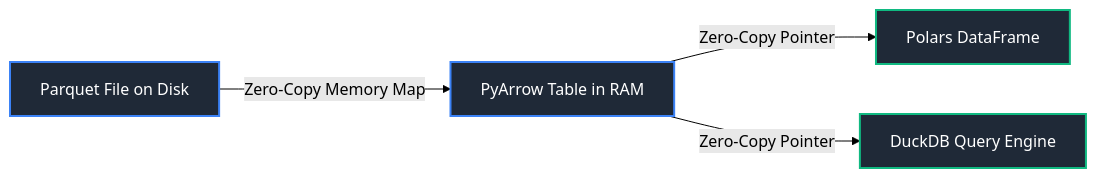
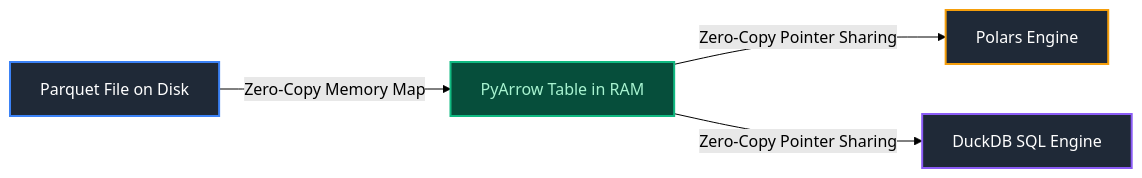
The eighth of 9 diagrams in Data Engineering/03_python_for_data_engineering.md (joydeep-biswas/Interview-Preparation), drawn with Mermaid (forest theme) before and after one commit. The commit also changed other lines of this file and 143 other files, not shown here.

````diff
--- a/Data Engineering/03_python_for_data_engineering.md
+++ b/Data Engineering/03_python_for_data_engineering.md
@@ -459,11 +651,11 @@
 ```mermaid
 flowchart LR
-    ParquetDisk[Parquet File on Disk] -->|Zero-Copy Memory Map| ArrowTable[PyArrow Table in RAM]
-    ArrowTable -->|Zero-Copy Pointer| PolarsDF[Polars DataFrame]
-    ArrowTable -->|Zero-Copy Pointer| DuckDBEngine[DuckDB Query Engine]
+    ParquetFile[Parquet File on Disk] -->|Zero-Copy Memory Map| ArrowMemory[PyArrow Table in RAM]
+    ArrowMemory -->|Zero-Copy Pointer Sharing| PolarsEngine[Polars Engine]
+    ArrowMemory -->|Zero-Copy Pointer Sharing| DuckDBEngine[DuckDB SQL Engine]
 
-    style ParquetDisk fill:#1f2937,stroke:#3b82f6,stroke-width:2px,color:#fff
-    style ArrowTable fill:#1f2937,stroke:#3b82f6,stroke-width:2px,color:#fff
-    style PolarsDF fill:#1f2937,stroke:#10b981,stroke-width:2px,color:#fff
-    style DuckDBEngine fill:#1f2937,stroke:#10b981,stroke-width:2px,color:#fff
+    style ParquetFile fill:#1f2937,stroke:#3b82f6,stroke-width:2px,color:#fff
+    style ArrowMemory fill:#064e3b,stroke:#10b981,stroke-width:2px,color:#a7f3d0
+    style PolarsEngine fill:#1f2937,stroke:#f59e0b,stroke-width:2px,color:#fff
+    style DuckDBEngine fill:#1f2937,stroke:#8b5cf6,stroke-width:2px,color:#fff
 ```
````
